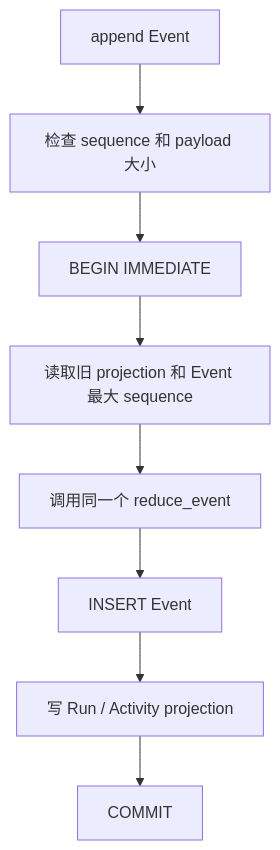
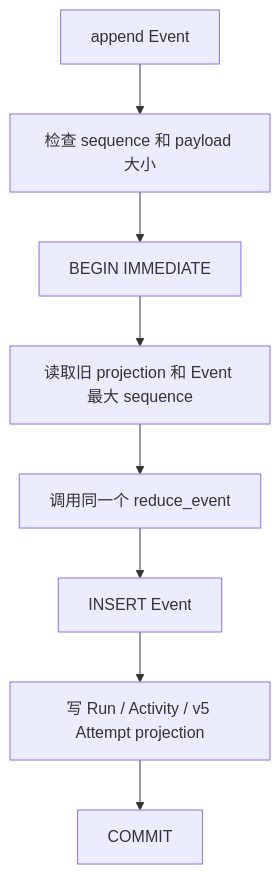
Before and after one commit to CherryYang05/BearAgent: the diagram in site/src/content/docs/zh-cn/development/sqlite-event-store.md, drawn with Mermaid. The commit also changed other lines of this file and 75 other files, not shown here.

````diff
--- a/site/src/content/docs/zh-cn/development/sqlite-event-store.md
+++ b/site/src/content/docs/zh-cn/development/sqlite-event-store.md
@@ -18,10 +20,10 @@
 ```mermaid
 flowchart TB
     A["append Event"] --> B["检查 sequence 和 payload 大小"]
     B --> C["BEGIN IMMEDIATE"]
     C --> D["读取旧 projection 和 Event 最大 sequence"]
     D --> E["调用同一个 reduce_event"]
     E --> F["INSERT Event"]
-    F --> G["写 Run / Activity projection"]
+    F --> G["写 Run / Activity / v5 Attempt projection"]
     G --> H["COMMIT"]
 ```
````
